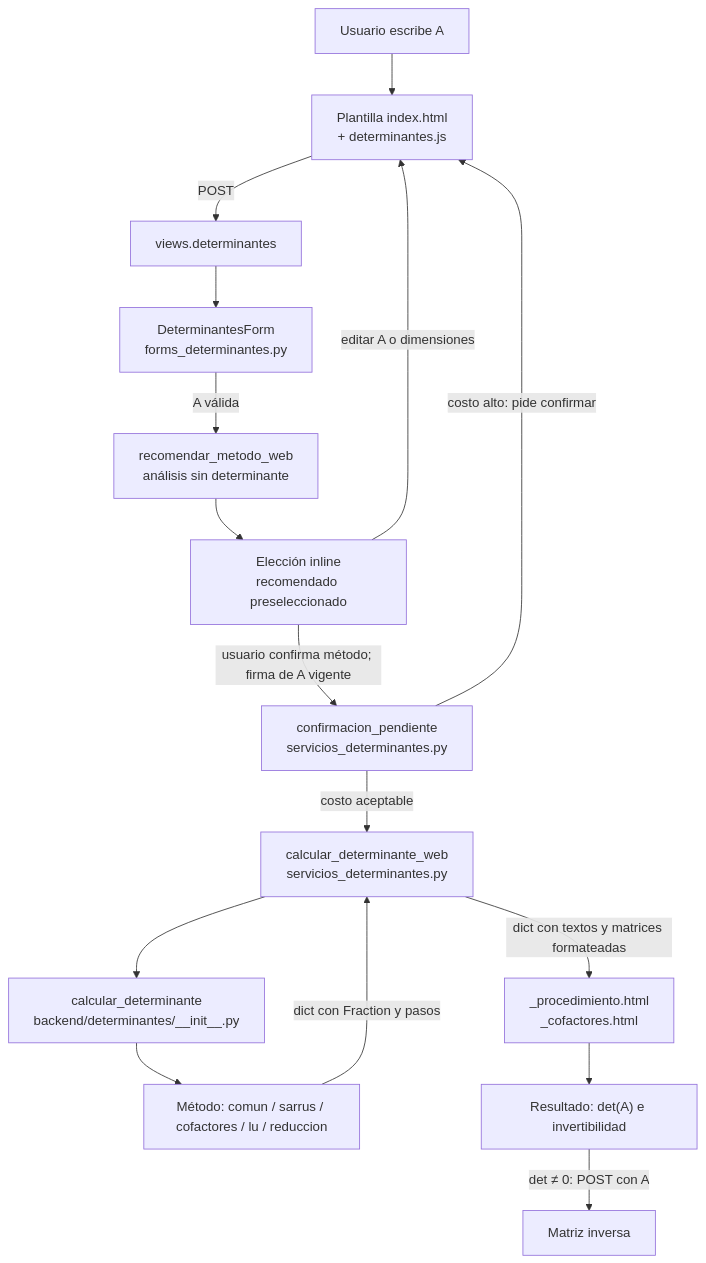
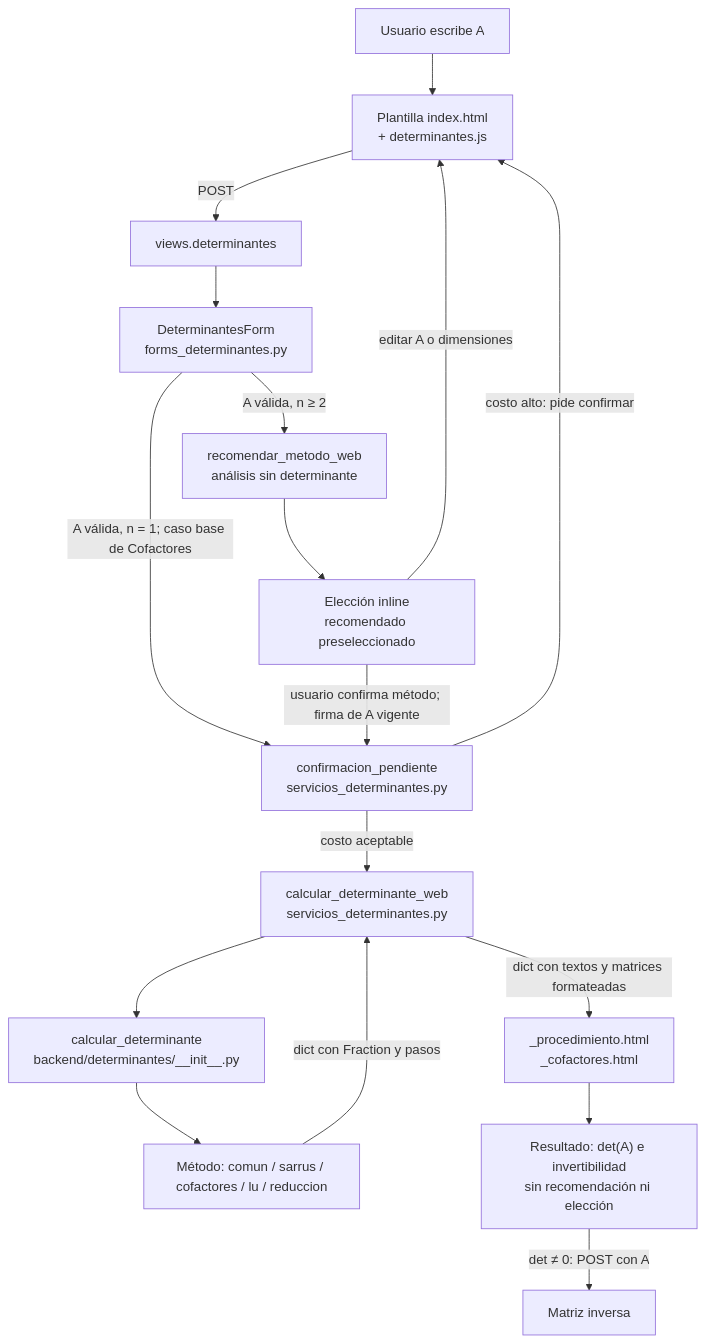
The first of 2 diagrams in docs/determinantes.md (rodolfo-collado/Algebra-Lineal), drawn with Mermaid before and after one commit. The commit also changed other lines of this file and 8 other files, not shown here.

````diff
--- a/docs/determinantes.md
+++ b/docs/determinantes.md
@@ -30,18 +34,19 @@
 ```mermaid
 flowchart TD
     U["Usuario escribe A"] --> T["Plantilla index.html<br/>+ determinantes.js"]
     T -->|POST| V["views.determinantes"]
     V --> F["DeterminantesForm<br/>forms_determinantes.py"]
-    F -->|"A válida"| A["recomendar_metodo_web<br/>análisis sin determinante"]
+    F -->|"A válida, n ≥ 2"| A["recomendar_metodo_web<br/>análisis sin determinante"]
+    F -->|"A válida, n = 1; caso base de Cofactores"| C
     A --> E["Elección inline<br/>recomendado preseleccionado"]
     E -->|"usuario confirma método; firma de A vigente"| C["confirmacion_pendiente<br/>servicios_determinantes.py"]
     E -->|"editar A o dimensiones"| T
     C -->|"costo alto: pide confirmar"| T
     C -->|"costo aceptable"| W["calcular_determinante_web<br/>servicios_determinantes.py"]
     W --> B["calcular_determinante<br/>backend/determinantes/__init__.py"]
     B --> M["Método: comun / sarrus / cofactores / lu / reduccion"]
     M -->|"dict con Fraction y pasos"| W
     W -->|"dict con textos y matrices formateadas"| P["_procedimiento.html<br/>_cofactores.html"]
-    P --> R["Resultado: det(A) e invertibilidad"]
+    P --> R["Resultado: det(A) e invertibilidad<br/>sin recomendación ni elección"]
     R -->|"det ≠ 0: POST con A"| I["Matriz inversa"]
 ```
````
